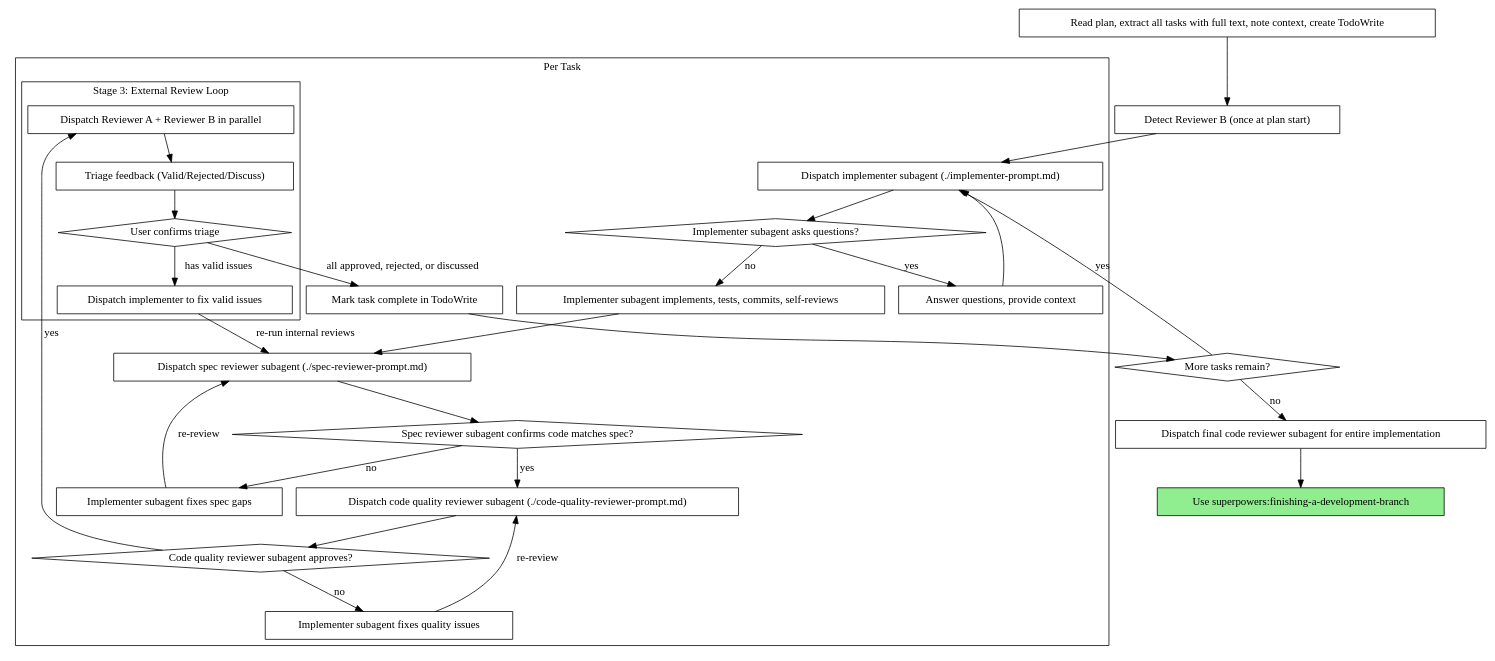
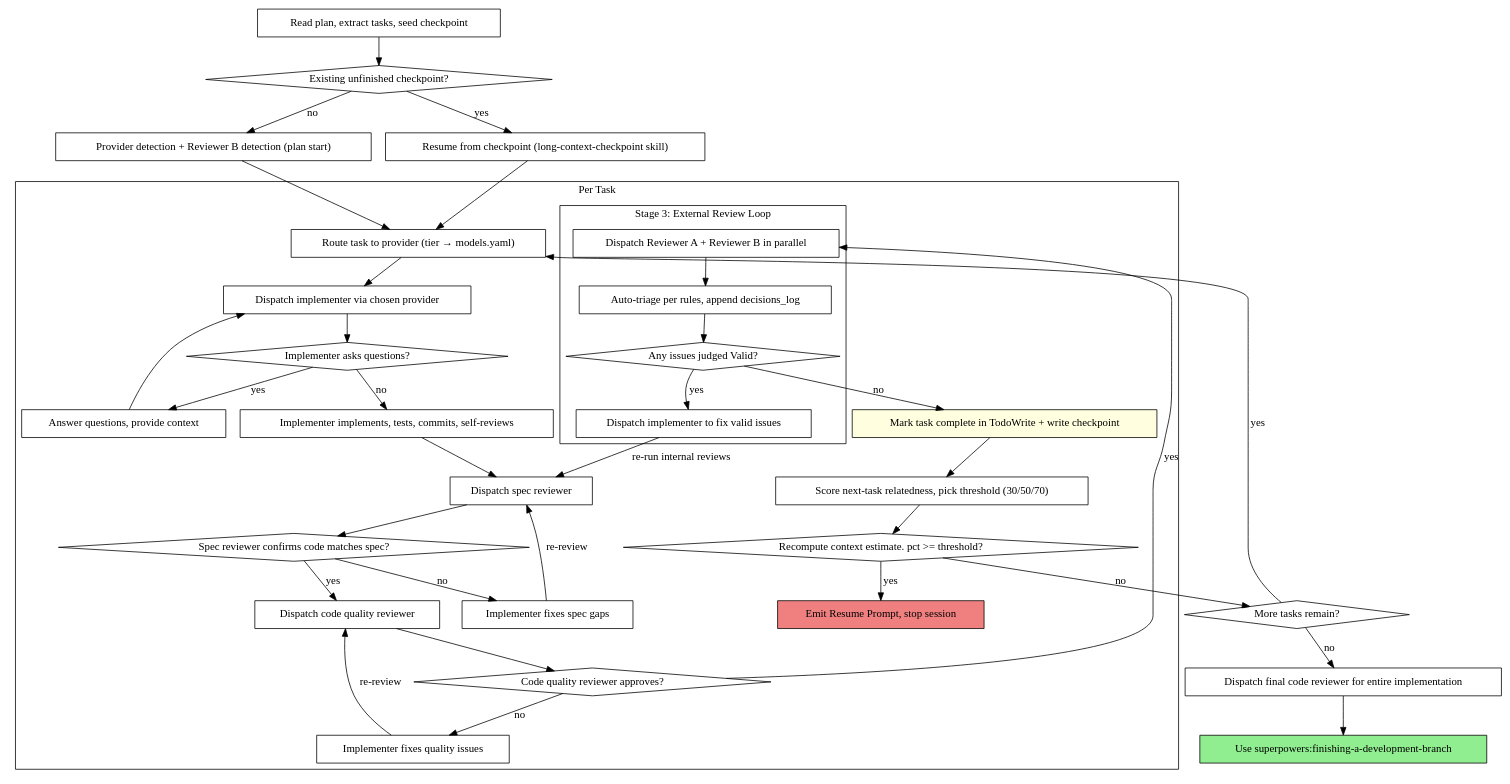
The second of 2 diagrams in skills/subagent-driven-development/SKILL.md (bmax121/superpowers), drawn with Graphviz before and after one commit. The commit also changed other lines of this file and 15 other files, not shown here.

First line of the commit message:
feat: superpowers 6.0.0 — model routing yaml, checkpoint, autonomous triage

````diff
--- a/skills/subagent-driven-development/SKILL.md
+++ b/skills/subagent-driven-development/SKILL.md
@@ -42,60 +42,73 @@
 ```dot
 digraph process {
     rankdir=TB;
 
     subgraph cluster_per_task {
         label="Per Task";
-        "Dispatch implementer subagent (./implementer-prompt.md)" [shape=box];
-        "Implementer subagent asks questions?" [shape=diamond];
+        "Route task to provider (tier → models.yaml)" [shape=box];
+        "Dispatch implementer via chosen provider" [shape=box];
+        "Implementer asks questions?" [shape=diamond];
         "Answer questions, provide context" [shape=box];
-        "Implementer subagent implements, tests, commits, self-reviews" [shape=box];
-        "Dispatch spec reviewer subagent (./spec-reviewer-prompt.md)" [shape=box];
-        "Spec reviewer subagent confirms code matches spec?" [shape=diamond];
-        "Implementer subagent fixes spec gaps" [shape=box];
-        "Dispatch code quality reviewer subagent (./code-quality-reviewer-prompt.md)" [shape=box];
-        "Code quality reviewer subagent approves?" [shape=diamond];
-        "Implementer subagent fixes quality issues" [shape=box];
+        "Implementer implements, tests, commits, self-reviews" [shape=box];
+        "Dispatch spec reviewer" [shape=box];
+        "Spec reviewer confirms code matches spec?" [shape=diamond];
+        "Implementer fixes spec gaps" [shape=box];
+        "Dispatch code quality reviewer" [shape=box];
+        "Code quality reviewer approves?" [shape=diamond];
+        "Implementer fixes quality issues" [shape=box];
 
         subgraph cluster_external {
             label="Stage 3: External Review Loop";
             "Dispatch Reviewer A + Reviewer B in parallel" [shape=box];
-            "Triage feedback (Valid/Rejected/Discuss)" [shape=box];
-            "User confirms triage" [shape=diamond];
+            "Auto-triage per rules, append decisions_log" [shape=box];
+            "Any issues judged Valid?" [shape=diamond];
             "Dispatch implementer to fix valid issues" [shape=box];
         }
 
-        "Mark task complete in TodoWrite" [shape=box];
+        "Mark task complete in TodoWrite + write checkpoint" [shape=box style=filled fillcolor=lightyellow];
+        "Score next-task relatedness, pick threshold (30/50/70)" [shape=box];
+        "Recompute context estimate. pct >= threshold?" [shape=diamond];
+        "Emit Resume Prompt, stop session" [shape=box style=filled fillcolor=lightcoral];
     }
 
-    "Detect Reviewer B (once at plan start)" [shape=box];
-    "Read plan, extract all tasks with full text, note context, create TodoWrite" [shape=box];
+    "Provider detection + Reviewer B detection (plan start)" [shape=box];
+    "Read plan, extract tasks, seed checkpoint" [shape=box];
+    "Existing unfinished checkpoint?" [shape=diamond];
+    "Resume from checkpoint (long-context-checkpoint skill)" [shape=box];
     "More tasks remain?" [shape=diamond];
-    "Dispatch final code reviewer subagent for entire implementation" [shape=box];
+    "Dispatch final code reviewer for entire implementation" [shape=box];
     "Use superpowers:finishing-a-development-branch" [shape=box style=filled fillcolor=lightgreen];
 
-    "Read plan, extract all tasks with full text, note context, create TodoWrite" -> "Detect Reviewer B (once at plan start)";
-    "Detect Reviewer B (once at plan start)" -> "Dispatch implementer subagent (./implementer-prompt.md)";
-    "Dispatch implementer subagent (./implementer-prompt.md)" -> "Implementer subagent asks questions?";
-    "Implementer subagent asks questions?" -> "Answer questions, provide context" [label="yes"];
-    "Answer questions, provide context" -> "Dispatch implementer subagent (./implementer-prompt.md)";
-    "Implementer subagent asks questions?" -> "Implementer subagent implements, tests, commits, self-reviews" [label="no"];
-    "Implementer subagent implements, tests, commits, self-reviews" -> "Dispatch spec reviewer subagent (./spec-reviewer-prompt.md)";
-    "Dispatch spec reviewer subagent (./spec-reviewer-prompt.md)" -> "Spec reviewer subagent confirms code matches spec?";
-    "Spec reviewer subagent confirms code matches spec?" -> "Implementer subagent fixes spec gaps" [label="no"];
-    "Implementer subagent fixes spec gaps" -> "Dispatch spec reviewer subagent (./spec-reviewer-prompt.md)" [label="re-review"];
-    "Spec reviewer subagent confirms code matches spec?" -> "Dispatch code quality reviewer subagent (./code-quality-reviewer-prompt.md)" [label="yes"];
-    "Dispatch code quality reviewer subagent (./code-quality-reviewer-prompt.md)" -> "Code quality reviewer subagent approves?";
-    "Code quality reviewer subagent approves?" -> "Implementer subagent fixes quality issues" [label="no"];
-    "Implementer subagent fixes quality issues" -> "Dispatch code quality reviewer subagent (./code-quality-reviewer-prompt.md)" [label="re-review"];
-    "Code quality reviewer subagent approves?" -> "Dispatch Reviewer A + Reviewer B in parallel" [label="yes"];
-    "Dispatch Reviewer A + Reviewer B in parallel" -> "Triage feedback (Valid/Rejected/Discuss)";
-    "Triage feedback (Valid/Rejected/Discuss)" -> "User confirms triage";
-    "User confirms triage" -> "Mark task complete in TodoWrite" [label="all approved, rejected, or discussed"];
-    "User confirms triage" -> "Dispatch implementer to fix valid issues" [label="has valid issues"];
-    "Dispatch implementer to fix valid issues" -> "Dispatch spec reviewer subagent (./spec-reviewer-prompt.md)" [label="re-run internal reviews"];
-    "Mark task complete in TodoWrite" -> "More tasks remain?";
-    "More tasks remain?" -> "Dispatch implementer subagent (./implementer-prompt.md)" [label="yes"];
-    "More tasks remain?" -> "Dispatch final code reviewer subagent for entire implementation" [label="no"];
-    "Dispatch final code reviewer subagent for entire implementation" -> "Use superpowers:finishing-a-development-branch";
+    "Read plan, extract tasks, seed checkpoint" -> "Existing unfinished checkpoint?";
+    "Existing unfinished checkpoint?" -> "Resume from checkpoint (long-context-checkpoint skill)" [label="yes"];
+    "Existing unfinished checkpoint?" -> "Provider detection + Reviewer B detection (plan start)" [label="no"];
+    "Resume from checkpoint (long-context-checkpoint skill)" -> "Route task to provider (tier → models.yaml)";
+    "Provider detection + Reviewer B detection (plan start)" -> "Route task to provider (tier → models.yaml)";
+    "Route task to provider (tier → models.yaml)" -> "Dispatch implementer via chosen provider";
+    "Dispatch implementer via chosen provider" -> "Implementer asks questions?";
+    "Implementer asks questions?" -> "Answer questions, provide context" [label="yes"];
+    "Answer questions, provide context" -> "Dispatch implementer via chosen provider";
+    "Implementer asks questions?" -> "Implementer implements, tests, commits, self-reviews" [label="no"];
+    "Implementer implements, tests, commits, self-reviews" -> "Dispatch spec reviewer";
+    "Dispatch spec reviewer" -> "Spec reviewer confirms code matches spec?";
+    "Spec reviewer confirms code matches spec?" -> "Implementer fixes spec gaps" [label="no"];
+    "Implementer fixes spec gaps" -> "Dispatch spec reviewer" [label="re-review"];
+    "Spec reviewer confirms code matches spec?" -> "Dispatch code quality reviewer" [label="yes"];
+    "Dispatch code quality reviewer" -> "Code quality reviewer approves?";
+    "Code quality reviewer approves?" -> "Implementer fixes quality issues" [label="no"];
+    "Implementer fixes quality issues" -> "Dispatch code quality reviewer" [label="re-review"];
+    "Code quality reviewer approves?" -> "Dispatch Reviewer A + Reviewer B in parallel" [label="yes"];
+    "Dispatch Reviewer A + Reviewer B in parallel" -> "Auto-triage per rules, append decisions_log";
+    "Auto-triage per rules, append decisions_log" -> "Any issues judged Valid?";
+    "Any issues judged Valid?" -> "Dispatch implementer to fix valid issues" [label="yes"];
+    "Any issues judged Valid?" -> "Mark task complete in TodoWrite + write checkpoint" [label="no"];
+    "Dispatch implementer to fix valid issues" -> "Dispatch spec reviewer" [label="re-run internal reviews"];
+    "Mark task complete in TodoWrite + write checkpoint" -> "Score next-task relatedness, pick threshold (30/50/70)";
+    "Score next-task relatedness, pick threshold (30/50/70)" -> "Recompute context estimate. pct >= threshold?";
+    "Recompute context estimate. pct >= threshold?" -> "Emit Resume Prompt, stop session" [label="yes"];
+    "Recompute context estimate. pct >= threshold?" -> "More tasks remain?" [label="no"];
+    "More tasks remain?" -> "Route task to provider (tier → models.yaml)" [label="yes"];
+    "More tasks remain?" -> "Dispatch final code reviewer for entire implementation" [label="no"];
+    "Dispatch final code reviewer for entire implementation" -> "Use superpowers:finishing-a-development-branch";
 }
 ```
````
